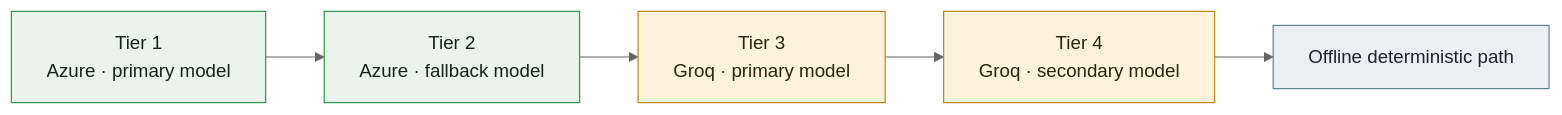
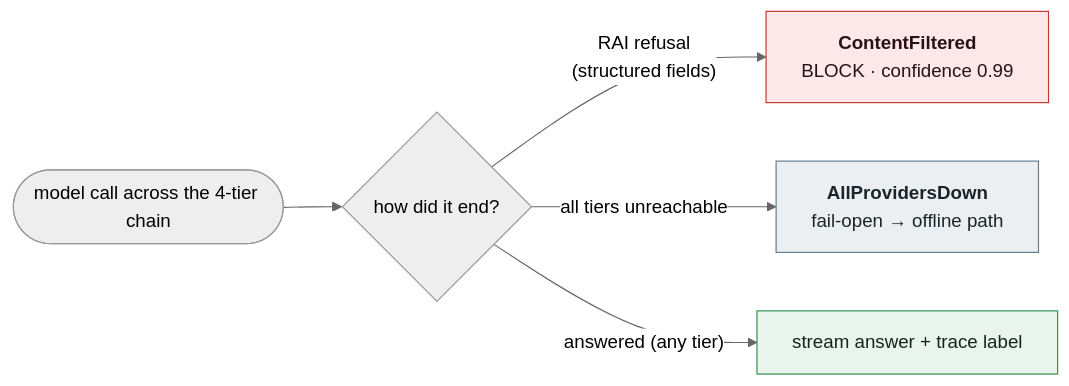
One commit to theCodeForgerHQ/msf-reasoning-agent changed the fourth of 10 diagrams in README.md. Above: the diagram before and after it, drawn with Mermaid (neutral theme). The commit also changed other lines of this file and 2 other files, not shown here.

````diff
--- a/README.md
+++ b/README.md
@@ -316,11 +268,11 @@
 ```mermaid
 flowchart LR
-    classDef az fill:#e9f5ec,stroke:#2f8f4e,color:#13251a
-    classDef gq fill:#fcf3da,stroke:#b8860b,color:#2c2310
-    classDef off fill:#eceff1,stroke:#607d8b,color:#1c2429
+    classDef s fill:#fce8e8,stroke:#c0392b,color:#2a1212
+    classDef ok fill:#e9f5ec,stroke:#2f8f4e,color:#13251a
+    classDef o fill:#eceff1,stroke:#607d8b,color:#1c2429
 
-    T1["Tier 1<br/>Azure · primary model"]:::az --> T2["Tier 2<br/>Azure · fallback model"]:::az
-    T2 --> T3["Tier 3<br/>Groq · primary model"]:::gq
-    T3 --> T4["Tier 4<br/>Groq · secondary model"]:::gq
-    T4 --> OFF["Offline deterministic path"]:::off
+    P(["model call across the 4-tier chain"]) --> Q{"how did it end?"}
+    Q -->|"RAI refusal<br/>(structured fields)"| B["<b>ContentFiltered</b><br/>BLOCK · confidence 0.99"]:::s
+    Q -->|"all tiers unreachable"| O["<b>AllProvidersDown</b><br/>fail-open → offline path"]:::o
+    Q -->|"answered (any tier)"| A["stream answer + trace label"]:::ok
 ```
````
